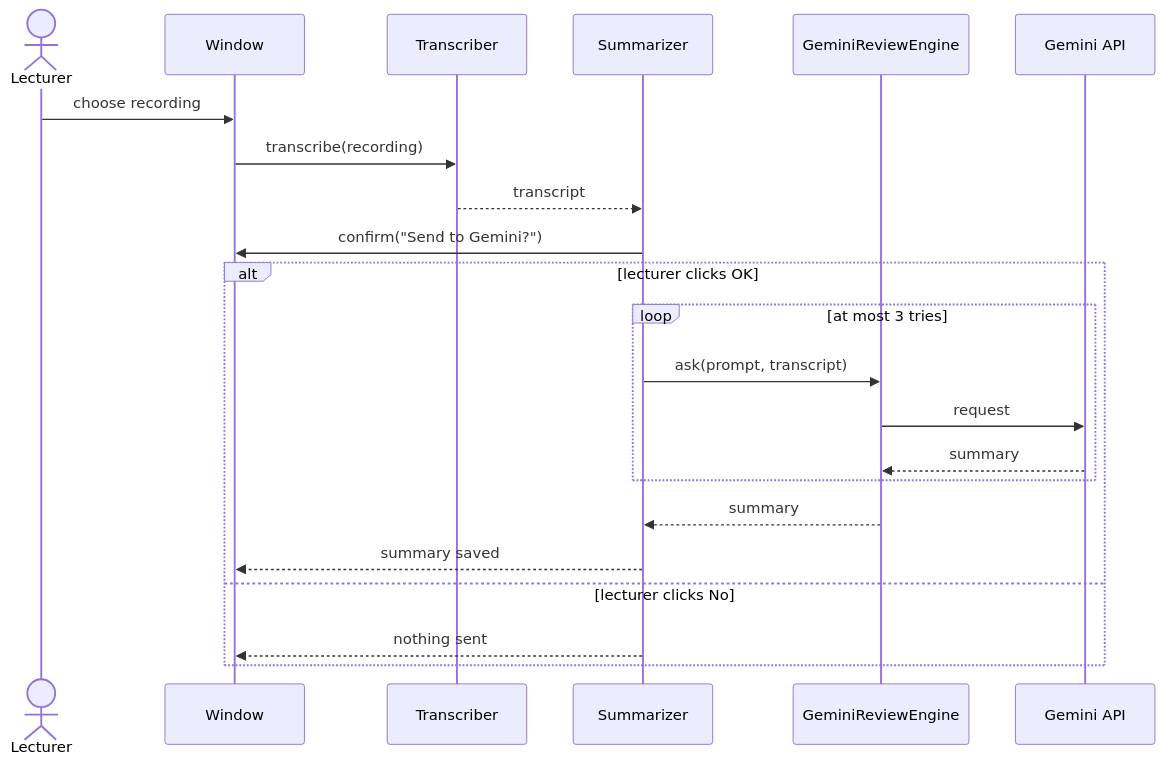
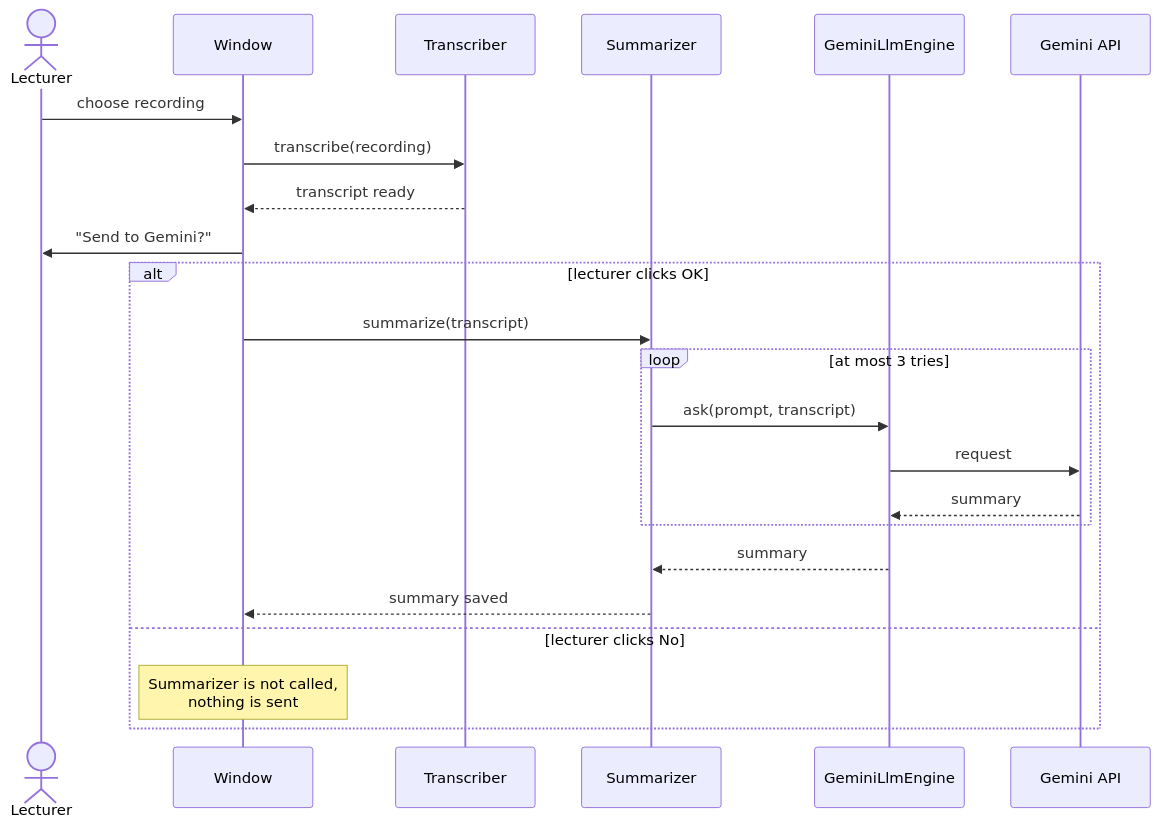
Diagram 14 of 15 in docs/design.md (yonatanShoval/OOP_Exercise2), drawn with Mermaid before and after one commit. The commit also changed other lines of this file and 4 other files, not shown here.

First line of the commit message:
Step 8 fixes: LlmEngine name, dependency direction, DatabaseGateway, challenge data path

````diff
--- a/docs/design.md
+++ b/docs/design.md
@@ -536,24 +543,25 @@
 ```mermaid
 sequenceDiagram
     actor L as Lecturer
     participant W as Window
     participant T as Transcriber
     participant Su as Summarizer
-    participant E as GeminiReviewEngine
+    participant E as GeminiLlmEngine
     participant G as Gemini API
     L->>W: choose recording
     W->>T: transcribe(recording)
-    T-->>Su: transcript
-    Su->>W: confirm("Send to Gemini?")
+    T-->>W: transcript ready
+    W->>L: "Send to Gemini?"
     alt lecturer clicks OK
+        W->>Su: summarize(transcript)
         loop at most 3 tries
             Su->>E: ask(prompt, transcript)
             E->>G: request
             G-->>E: summary
         end
         E-->>Su: summary
         Su-->>W: summary saved
     else lecturer clicks No
-        Su-->>W: nothing sent
+        Note over W: Summarizer is not called,<br/>nothing is sent
     end
 ```
````
